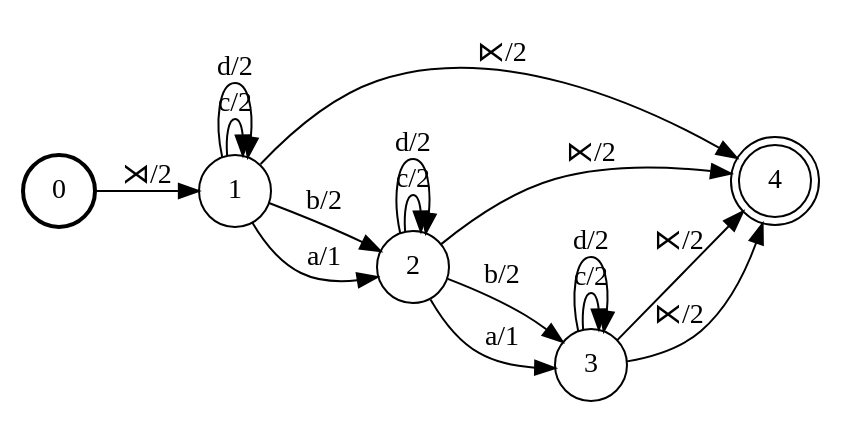
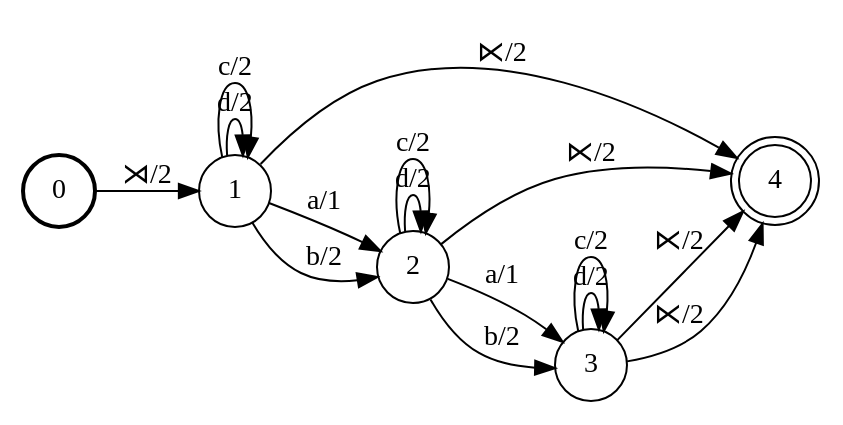
The diagram in demo/T_weight.dot (colincwilson/wynini), drawn with Graphviz before and after one commit. The commit also changed other lines of this file and 10 other files, not shown here.

```diff
--- a/demo/T_weight.dot
+++ b/demo/T_weight.dot
@@ -1,28 +1,28 @@
 digraph FST {
 rankdir = LR;
 size = "8.5,11";
 center = 1;
 orientation = Portrait;
 ranksep = "0.4";
 nodesep = "0.25";
 0 [label = "0", shape = circle, style = bold, fontsize = 14]
 	0 -> 1 [label = "⋊/2", fontsize = 14];
 1 [label = "1", shape = circle, style = solid, fontsize = 14]
 	1 -> 4 [label = "⋉/2", fontsize = 14];
+	1 -> 1 [label = "d/2", fontsize = 14];
 	1 -> 1 [label = "c/2", fontsize = 14];
-	1 -> 1 [label = "d/2", fontsize = 14];
+	1 -> 2 [label = "a/1", fontsize = 14];
 	1 -> 2 [label = "b/2", fontsize = 14];
-	1 -> 2 [label = "a/1", fontsize = 14];
 2 [label = "2", shape = circle, style = solid, fontsize = 14]
+	2 -> 2 [label = "d/2", fontsize = 14];
 	2 -> 2 [label = "c/2", fontsize = 14];
-	2 -> 2 [label = "d/2", fontsize = 14];
 	2 -> 4 [label = "⋉/2", fontsize = 14];
+	2 -> 3 [label = "a/1", fontsize = 14];
 	2 -> 3 [label = "b/2", fontsize = 14];
-	2 -> 3 [label = "a/1", fontsize = 14];
 3 [label = "3", shape = circle, style = solid, fontsize = 14]
+	3 -> 3 [label = "d/2", fontsize = 14];
 	3 -> 3 [label = "c/2", fontsize = 14];
-	3 -> 3 [label = "d/2", fontsize = 14];
 	3 -> 4 [label = "⋉/2", fontsize = 14];
 	3 -> 4 [label = "⋉/2", fontsize = 14];
 4 [label = "4", shape = doublecircle, style = solid, fontsize = 14]
 }
```
